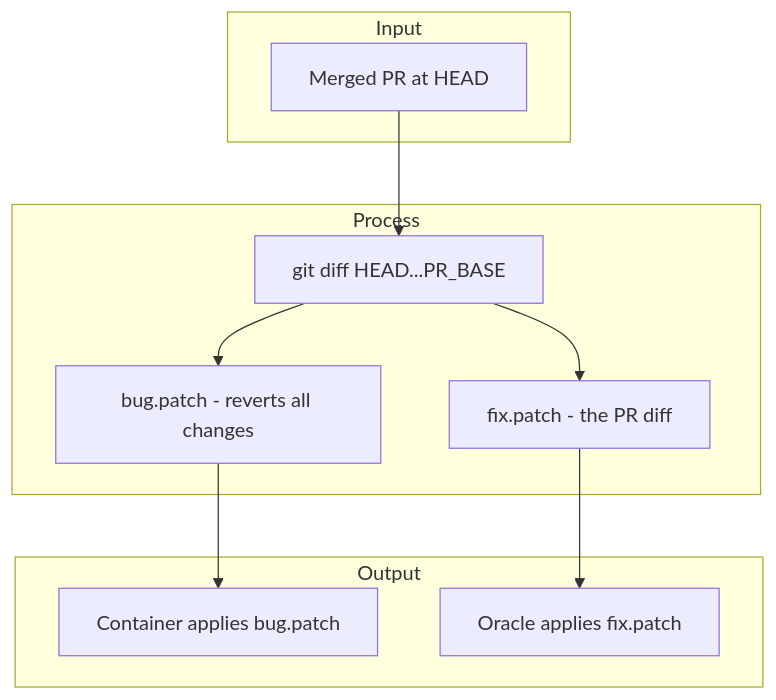
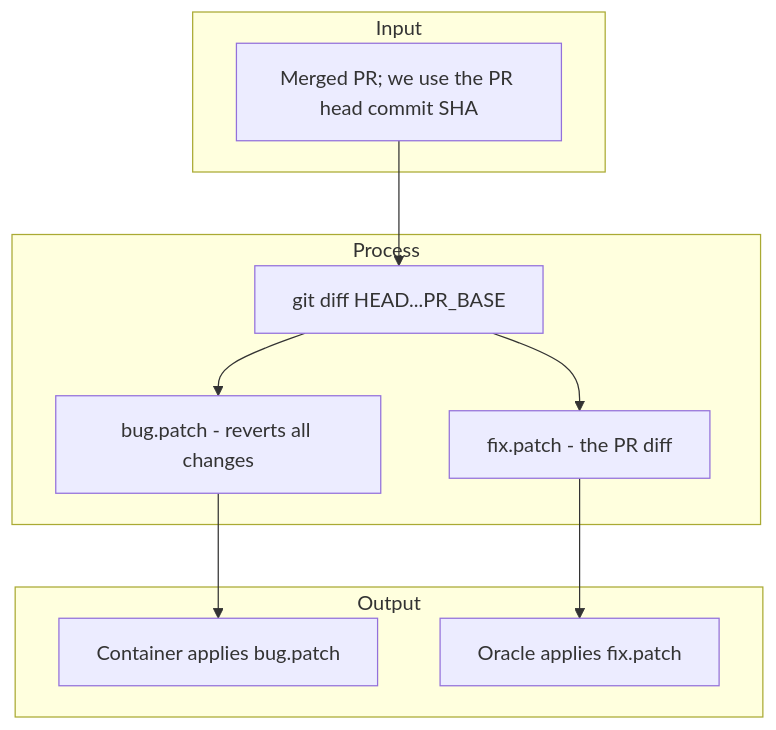
One commit to danielzayas/taskgen changed the first of 8 diagrams in docs/swe_smith_comparison.md. Above: the diagram before and after it, drawn with Mermaid. The commit also changed other lines of this file and 1 other file, not shown here.

Commit message:
differentiate between PR HEAD commit sha versus HEAD of repo main

````diff
--- a/docs/swe_smith_comparison.md
+++ b/docs/swe_smith_comparison.md
@@ -43,23 +43,23 @@
 ```mermaid
 flowchart TB
     subgraph Input
-        PR[Merged PR at HEAD]
+        PR[Merged PR; we use the PR head commit SHA]
     end
     
     subgraph Process
         GitDiff[git diff HEAD...PR_BASE]
         BugPatch[bug.patch - reverts all changes]
         FixPatch[fix.patch - the PR diff]
     end
     
     subgraph Output
         Container[Container applies bug.patch]
         Solution[Oracle applies fix.patch]
     end
     
     PR --> GitDiff
     GitDiff --> BugPatch
     GitDiff --> FixPatch
     BugPatch --> Container
     FixPatch --> Solution
 ```
````
